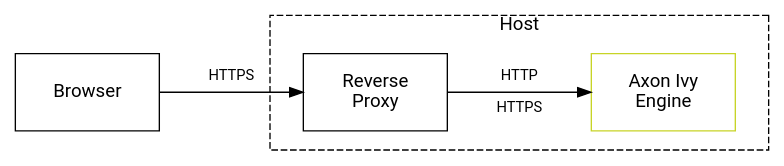
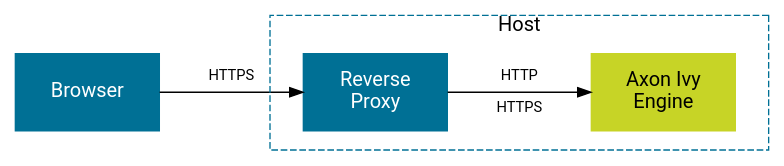
Before and after one commit to bernhardAxonIvy/doc: the diagram in source/engine-guide/integration/reverse-proxy/secure-setup/same-host.dot, drawn with Graphviz. The commit also changed 15 other files, not shown here.

First line of the commit message:
XIVY-9337 doc update all dot graphics for wysiwyg (#649)

```diff
--- a/source/engine-guide/integration/reverse-proxy/secure-setup/same-host.dot
+++ b/source/engine-guide/integration/reverse-proxy/secure-setup/same-host.dot
@@ -1,19 +1,22 @@
 digraph overview {
   layout=neato;
-  node [shape=box, fontname="Roboto,Helvetica Neue,Arial,sans-serif",margin=0.1, fixedsize="true"]; 
-  
+ 
+  node [shape=box, height="0.8", width="2", color="#007095", style=filled, fixedsize="true", margin=0, 
+        fontname="Roboto,Helvetica Neue,Arial,sans-serif", fontcolor="white", fontsize=15
+       ]; 
+   
   /* nodes */
   browser      [label="Browser",                pos="0.0,2.5!", height="0.8", width="1.5"];
   reverseproxy [label="Reverse\nProxy",         pos="3.0,2.5!", height="0.8", width="1.5"];
   engine       [label="Axon Ivy\nEngine",       pos="6.0,2.5!", height="0.8", width="1.5", color="#C7D426", fontcolor="black"];
 
   host         [label="Host",                   pos="4.5,2.6!", height="1.4", width="5.2", style="dashed", fontcolor="black", labelloc="t"];
   
   /* edges */
   browser -> reverseproxy;
   reverseproxy -> engine;
 
   /* edge labels */
   browser_reverseproxy [label="HTTPS\n \n ",    pos="1.5,2.5!", height="0.8", width="1.7",shape=none,fillcolor=none,fontcolor="black",fontsize="11"];
   reverseproxy_engine  [label="HTTP\n \nHTTPS", pos="4.5,2.5!", height="0.8", width="1.7",shape=none,fillcolor=none,fontcolor="black",fontsize="11"];
 }
```
